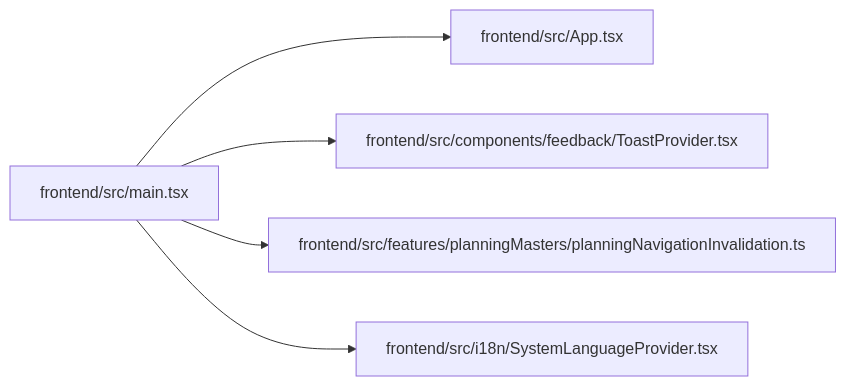
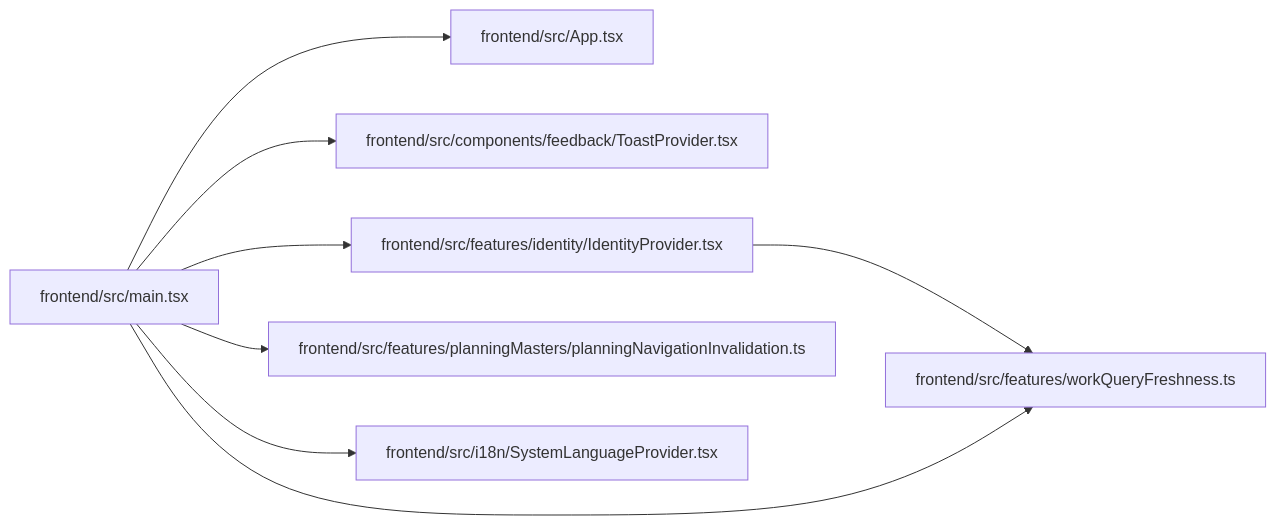
One commit to Denissvgn/WorkChord changed the diagram in docs/llm_wiki/modules/src_main.md. Above: the diagram before and after it, drawn with Mermaid. The commit also changed other lines of this file and 958 other files, not shown here.

First line of the commit message:
docs(wiki): refresh identity and recovery architecture

````diff
--- a/docs/llm_wiki/modules/src_main.md
+++ b/docs/llm_wiki/modules/src_main.md
@@ -32,17 +34,24 @@
 ```mermaid
 flowchart LR
     n0["frontend/src/App.tsx"]
     n1["frontend/src/components/feedback/ToastProvider.tsx"]
-    n2["frontend/src/features/planningMasters/planningNavigationInvalidation.ts"]
-    n3["frontend/src/i18n/SystemLanguageProvider.tsx"]
-    n4["frontend/src/main.tsx"]
-    n4 --> n0
-    n4 --> n1
-    n4 --> n2
-    n4 --> n3
+    n2["frontend/src/features/identity/IdentityProvider.tsx"]
+    n3["frontend/src/features/planningMasters/planningNavigationInvalidation.ts"]
+    n4["frontend/src/features/workQueryFreshness.ts"]
+    n5["frontend/src/i18n/SystemLanguageProvider.tsx"]
+    n6["frontend/src/main.tsx"]
+    n2 --> n4
+    n6 --> n0
+    n6 --> n1
+    n6 --> n2
+    n6 --> n3
+    n6 --> n4
+    n6 --> n5
     click n0 "../modules/App.md"
     click n1 "../modules/ToastProvider.md"
-    click n2 "../modules/planningNavigationInvalidation.md"
-    click n3 "../modules/SystemLanguageProvider.md"
-    click n4 "../modules/src_main.md"
+    click n2 "../modules/IdentityProvider.md"
+    click n3 "../modules/planningNavigationInvalidation.md"
+    click n4 "../modules/workQueryFreshness.md"
+    click n5 "../modules/SystemLanguageProvider.md"
+    click n6 "../modules/src_main.md"
 ```
````
